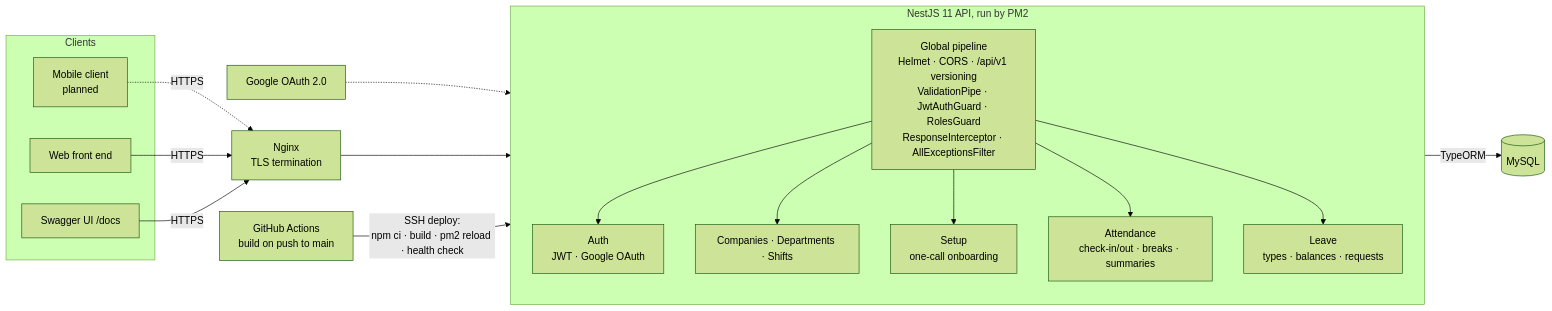
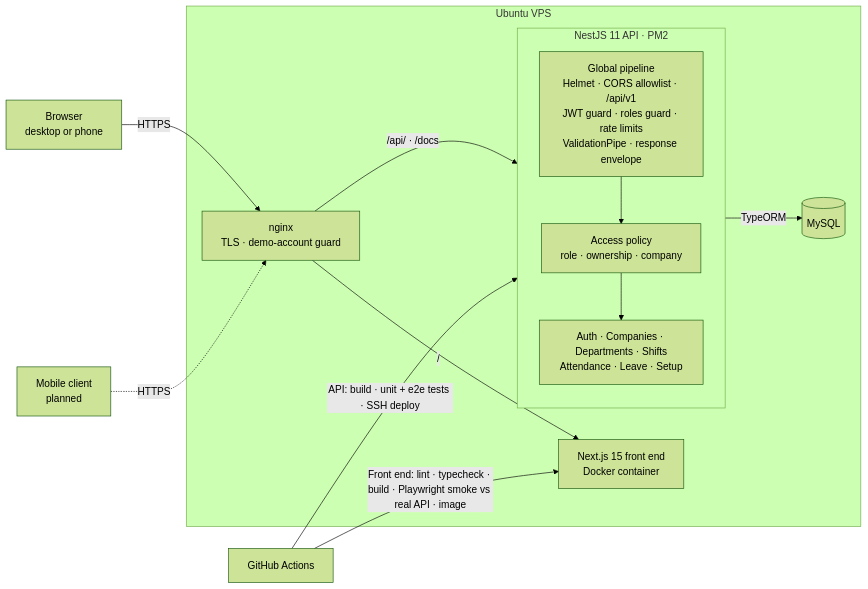
One commit to defoibrahim/hrm-platform-showcase changed the first of 2 diagrams in README.md. Above: the diagram before and after it, drawn with Mermaid (forest theme). The commit also changed other lines of this file and 23 other files, not shown here.

First line of the commit message:
Lead with the live web app: UI screenshots, demo, security hardening

````diff
--- a/README.md
+++ b/README.md
@@ -86,27 +126,24 @@
 ```mermaid
 flowchart LR
-  subgraph Clients
-    M[Mobile client<br/>planned]
-    W[Web front end]
-    S[Swagger UI /docs]
+  B[Browser<br/>desktop or phone] -->|HTTPS| NG
+
+  subgraph VPS[Ubuntu VPS]
+    NG[nginx<br/>TLS · demo-account guard]
+    NG -->|"/"| FE[Next.js 15 front end<br/>Docker container]
+    NG -->|"/api/ · /docs"| API
+
+    subgraph API[NestJS 11 API · PM2]
+      direction TB
+      G[Global pipeline<br/>Helmet · CORS allowlist · /api/v1<br/>JWT guard · roles guard · rate limits<br/>ValidationPipe · response envelope]
+      G --> POL[Access policy<br/>role · ownership · company]
+      POL --> MOD[Auth · Companies · Departments · Shifts<br/>Attendance · Leave · Setup]
+    end
+
+    MOD -->|TypeORM| DB[(MySQL)]
   end
 
-  M -.->|HTTPS| NG[Nginx<br/>TLS termination]
-  W & S -->|HTTPS| NG
-  NG --> APP
+  M[Mobile client<br/>planned] -.->|HTTPS| NG
 
-  subgraph APP[NestJS 11 API, run by PM2]
-    direction TB
-    G[Global pipeline<br/>Helmet · CORS · /api/v1 versioning<br/>ValidationPipe · JwtAuthGuard · RolesGuard<br/>ResponseInterceptor · AllExceptionsFilter]
-    G --> AUTH[Auth<br/>JWT · Google OAuth]
-    G --> ORG[Companies · Departments · Shifts]
-    G --> SETUP[Setup<br/>one-call onboarding]
-    G --> ATT[Attendance<br/>check-in/out · breaks · summaries]
-    G --> LV[Leave<br/>types · balances · requests]
-  end
-
-  APP -->|TypeORM| DB[(MySQL)]
-  GOOGLE[Google OAuth 2.0] -.-> AUTH
-
-  GH[GitHub Actions<br/>build on push to main] -->|SSH deploy:<br/>npm ci · build · pm2 reload · health check| APP
+  GHA[GitHub Actions] -->|"API: build · unit + e2e tests · SSH deploy"| API
+  GHA -->|"Front end: lint · typecheck · build · Playwright smoke vs real API · image"| FE
 ```
````
